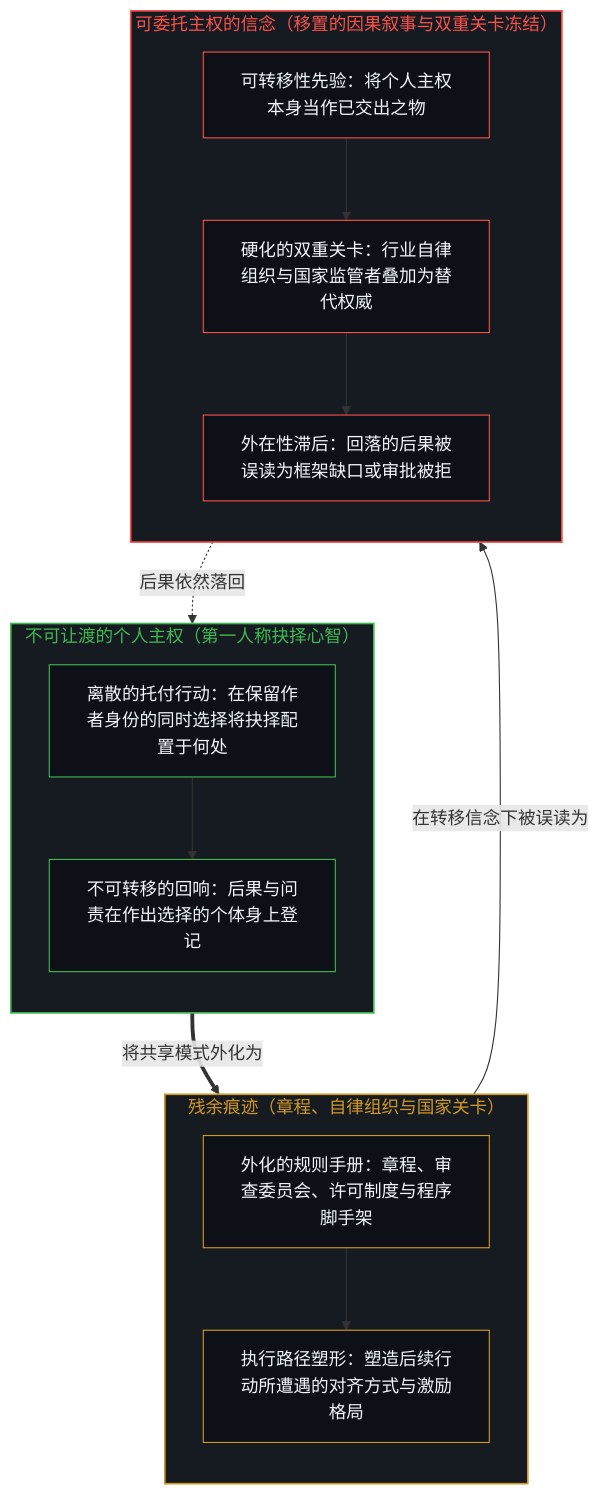
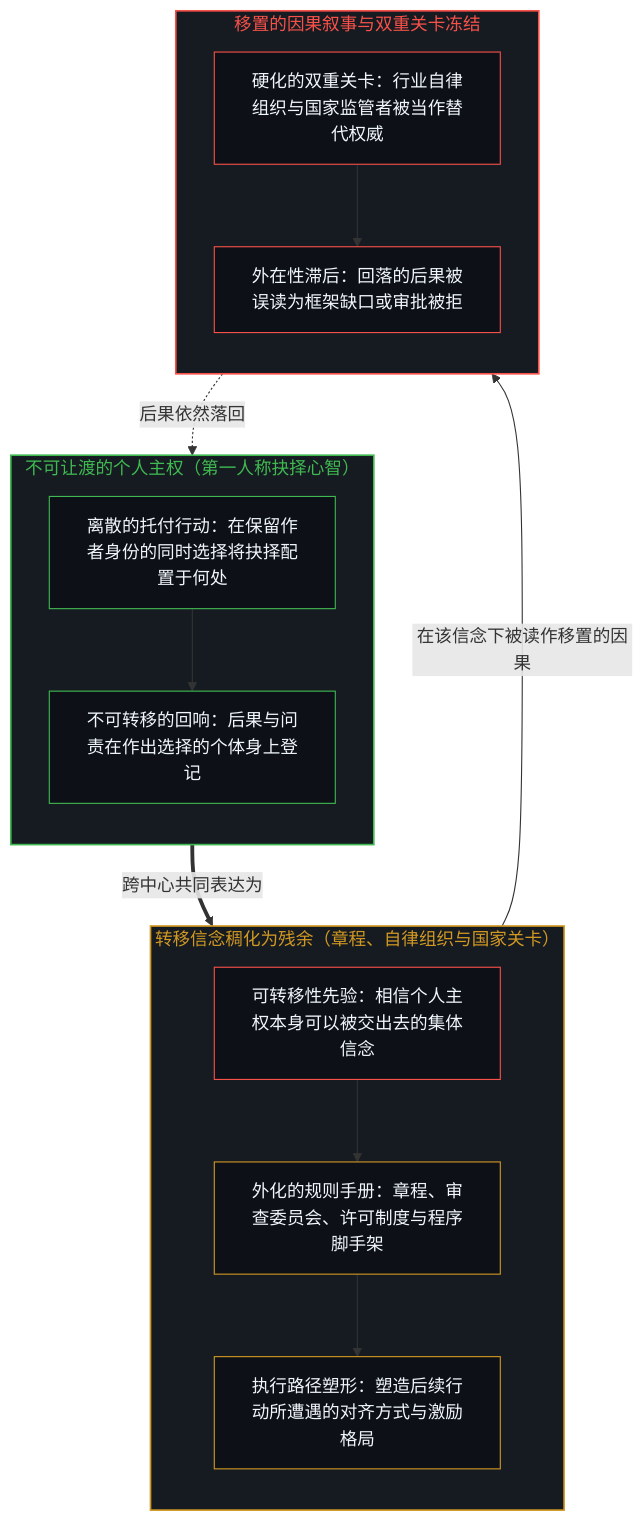
One commit to powerpig99/not-a-toe changed the first of 2 diagrams in content/posts/sovereignty-belief-and-regulatory-structures.md. Above: the diagram before and after it, drawn with Mermaid. The commit also changed other lines of this file and 2 other files, not shown here.

Commit message:
Consolidate Deep Sleep Batch 15 (lane-society): repair Mermaid diagram causality and cross-link attributions in state-and-collective essays

````diff
--- a/content/posts/sovereignty-belief-and-regulatory-structures.md
+++ b/content/posts/sovereignty-belief-and-regulatory-structures.md
@@ -41,36 +41,36 @@
 ```mermaid
 flowchart TD
     subgraph S_Locus["不可让渡的个人主权（第一人称抉择心智）"]
         direction TB
         Choose["离散的托付行动：在保留作者身份的同时选择将抉择配置于何处"]
         Return["不可转移的回响：后果与问责在作出选择的个体身上登记"]
         Choose --> Return
     end
-    subgraph S_Residue["残余痕迹（章程、自律组织与国家关卡）"]
+    subgraph S_Residue["转移信念稠化为残余（章程、自律组织与国家关卡）"]
         direction TB
+        Belief["可转移性先验：相信个人主权本身可以被交出去的集体信念"]
         Traces["外化的规则手册：章程、审查委员会、许可制度与程序脚手架"]
         Pattern["执行路径塑形：塑造后续行动所遭遇的对齐方式与激励格局"]
+        Belief --> Traces
         Traces --> Pattern
     end
-    subgraph S_Freeze["可委托主权的信念（移置的因果叙事与双重关卡冻结）"]
+    subgraph S_Freeze["移置的因果叙事与双重关卡冻结"]
         direction TB
-        Belief["可转移性先验：将个人主权本身当作已交出之物"]
-        DualGate["硬化的双重关卡：行业自律组织与国家监管者叠加为替代权威"]
+        DualGate["硬化的双重关卡：行业自律组织与国家监管者被当作替代权威"]
         Lag["外在性滞后：回落的后果被误读为框架缺口或审批被拒"]
-        Belief --> DualGate
         DualGate --> Lag
     end
-    Choose ==>|"将共享模式外化为"| Traces
-    Pattern -->|"在转移信念下被误读为"| Belief
+    Choose ==>|"跨中心共同表达为"| Belief
+    Pattern -->|"在该信念下被读作移置的因果"| DualGate
     Lag -.->|"后果依然落回"| Return
     style S_Locus fill:#161b22,stroke:#3fb950,stroke-width:1.5px,color:#3fb950
     style S_Residue fill:#161b22,stroke:#d29922,stroke-width:1.5px,color:#d29922
     style S_Freeze fill:#161b22,stroke:#f85149,stroke-width:1.5px,color:#f85149
     style Choose fill:#0d1117,stroke:#3fb950,stroke-width:1px,color:#f0f6fc
     style Return fill:#0d1117,stroke:#3fb950,stroke-width:1px,color:#f0f6fc
+    style Belief fill:#0d1117,stroke:#f85149,stroke-width:1px,color:#f0f6fc
     style Traces fill:#0d1117,stroke:#d29922,stroke-width:1px,color:#f0f6fc
     style Pattern fill:#0d1117,stroke:#d29922,stroke-width:1px,color:#f0f6fc
-    style Belief fill:#0d1117,stroke:#f85149,stroke-width:1px,color:#f0f6fc
     style DualGate fill:#0d1117,stroke:#f85149,stroke-width:1px,color:#f0f6fc
     style Lag fill:#0d1117,stroke:#f85149,stroke-width:1px,color:#f0f6fc
 ```
````
